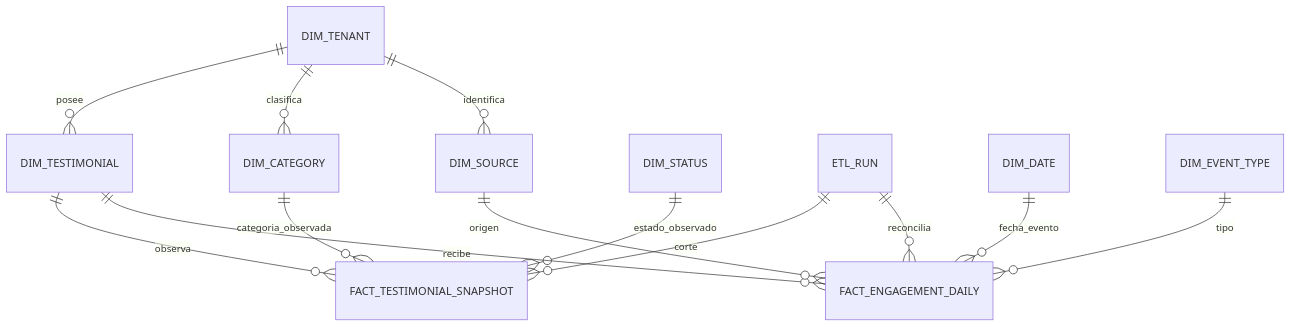
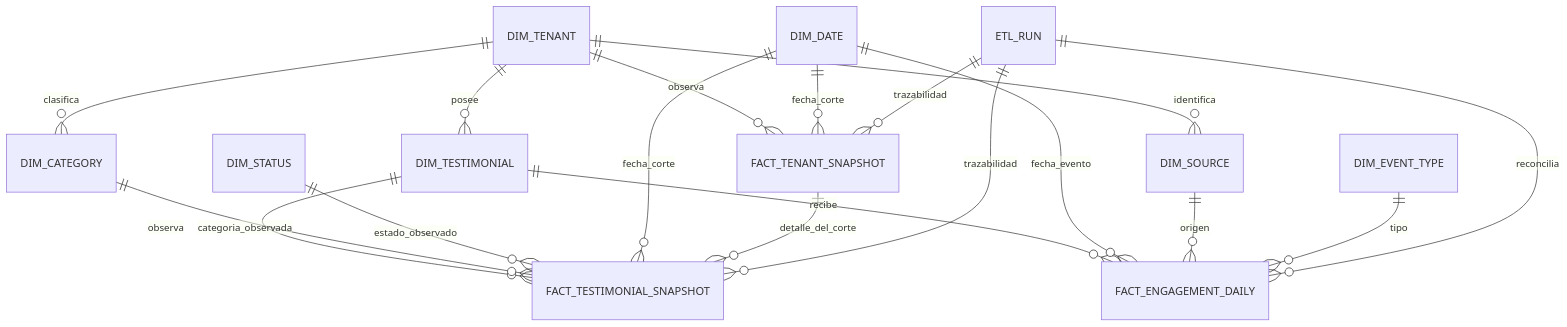
One commit to No-Country-simulation/S03-26-Equipo-10-Web-App-Development changed the diagram in docs/domain/warehouse_diccionario_de_datos.md. Above: the diagram before and after it, drawn with Mermaid. The commit also changed other lines of this file and 19 other files, not shown here.

````diff
--- a/docs/domain/warehouse_diccionario_de_datos.md
+++ b/docs/domain/warehouse_diccionario_de_datos.md
@@ -50,15 +53,20 @@
 ```mermaid
 erDiagram
     DIM_TENANT ||--o{ DIM_TESTIMONIAL : posee
     DIM_TENANT ||--o{ DIM_CATEGORY : clasifica
     DIM_TENANT ||--o{ DIM_SOURCE : identifica
     DIM_TESTIMONIAL ||--o{ FACT_TESTIMONIAL_SNAPSHOT : observa
     DIM_CATEGORY ||--o{ FACT_TESTIMONIAL_SNAPSHOT : categoria_observada
     DIM_STATUS ||--o{ FACT_TESTIMONIAL_SNAPSHOT : estado_observado
-    ETL_RUN ||--o{ FACT_TESTIMONIAL_SNAPSHOT : corte
+    DIM_DATE ||--o{ FACT_TESTIMONIAL_SNAPSHOT : fecha_corte
+    DIM_TENANT ||--o{ FACT_TENANT_SNAPSHOT : observa
+    DIM_DATE ||--o{ FACT_TENANT_SNAPSHOT : fecha_corte
+    FACT_TENANT_SNAPSHOT ||--o{ FACT_TESTIMONIAL_SNAPSHOT : detalle_del_corte
+    ETL_RUN ||--o{ FACT_TENANT_SNAPSHOT : trazabilidad
+    ETL_RUN ||--o{ FACT_TESTIMONIAL_SNAPSHOT : trazabilidad
     DIM_TESTIMONIAL ||--o{ FACT_ENGAGEMENT_DAILY : recibe
     DIM_DATE ||--o{ FACT_ENGAGEMENT_DAILY : fecha_evento
     DIM_SOURCE ||--o{ FACT_ENGAGEMENT_DAILY : origen
     DIM_EVENT_TYPE ||--o{ FACT_ENGAGEMENT_DAILY : tipo
     ETL_RUN ||--o{ FACT_ENGAGEMENT_DAILY : reconcilia
 ```
````
